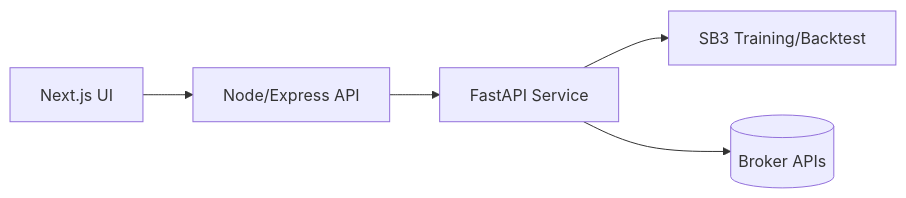
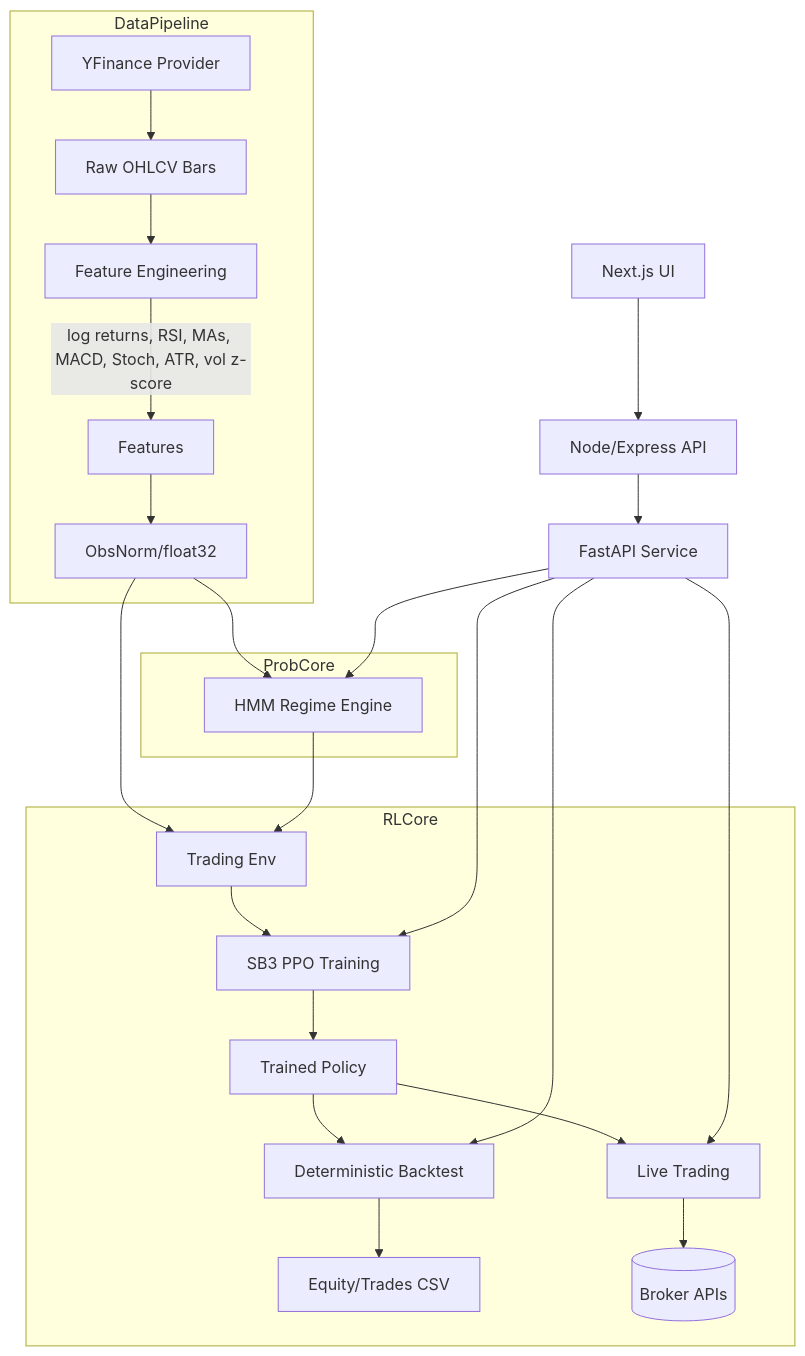
One commit to BilliamsFluster/StockBotWebApp changed the diagram in stockbot/Documentation/StockbotTradingPipeline.md. Above: the diagram before and after it, drawn with Mermaid.

Commit message:
docs: detail trading pipeline diagram

````diff
--- a/stockbot/Documentation/StockbotTradingPipeline.md
+++ b/stockbot/Documentation/StockbotTradingPipeline.md
@@ -7,7 +7,32 @@
 ```mermaid
-flowchart LR
+flowchart TD
   UI[Next.js UI] --> API[Node/Express API]
   API --> FastAPI[FastAPI Service]
-  FastAPI --> Engine[SB3 Training/Backtest]
-  FastAPI --> Broker[(Broker APIs)]
+
+  subgraph DataPipeline
+    Provider[YFinance Provider] --> Raw[Raw OHLCV Bars]
+    Raw --> FE[Feature Engineering]
+    FE -->|log returns, RSI, MAs, MACD, Stoch, ATR, vol z-score| Features
+    Features --> Norm[ObsNorm/float32]
+  end
+
+  subgraph ProbCore
+    Norm --> HMM[HMM Regime Engine]
+  end
+
+  subgraph RLCore
+    Norm --> Env[Trading Env]
+    HMM --> Env
+    Env --> Train[SB3 PPO Training]
+    Train --> Policy[Trained Policy]
+    Policy --> Backtest[Deterministic Backtest]
+    Policy --> Live[Live Trading]
+    Backtest --> Reports[Equity/Trades CSV]
+    Live --> Broker[(Broker APIs)]
+  end
+
+  FastAPI --> Train
+  FastAPI --> Backtest
+  FastAPI --> Live
+  FastAPI --> HMM
 ```
````
